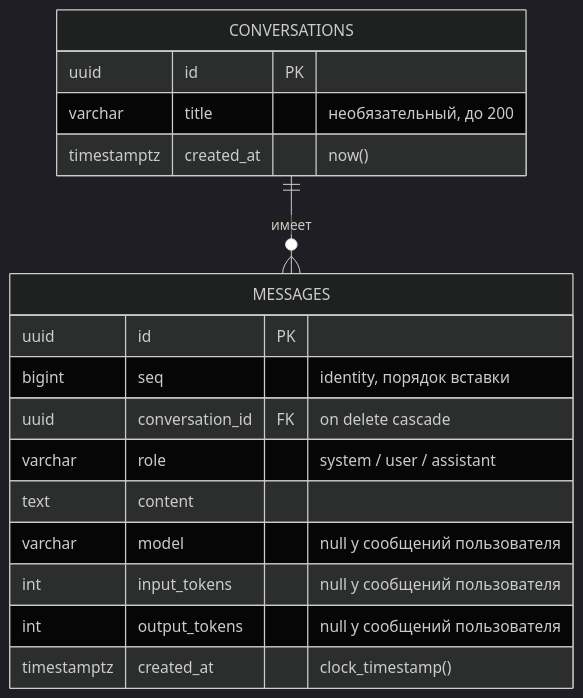
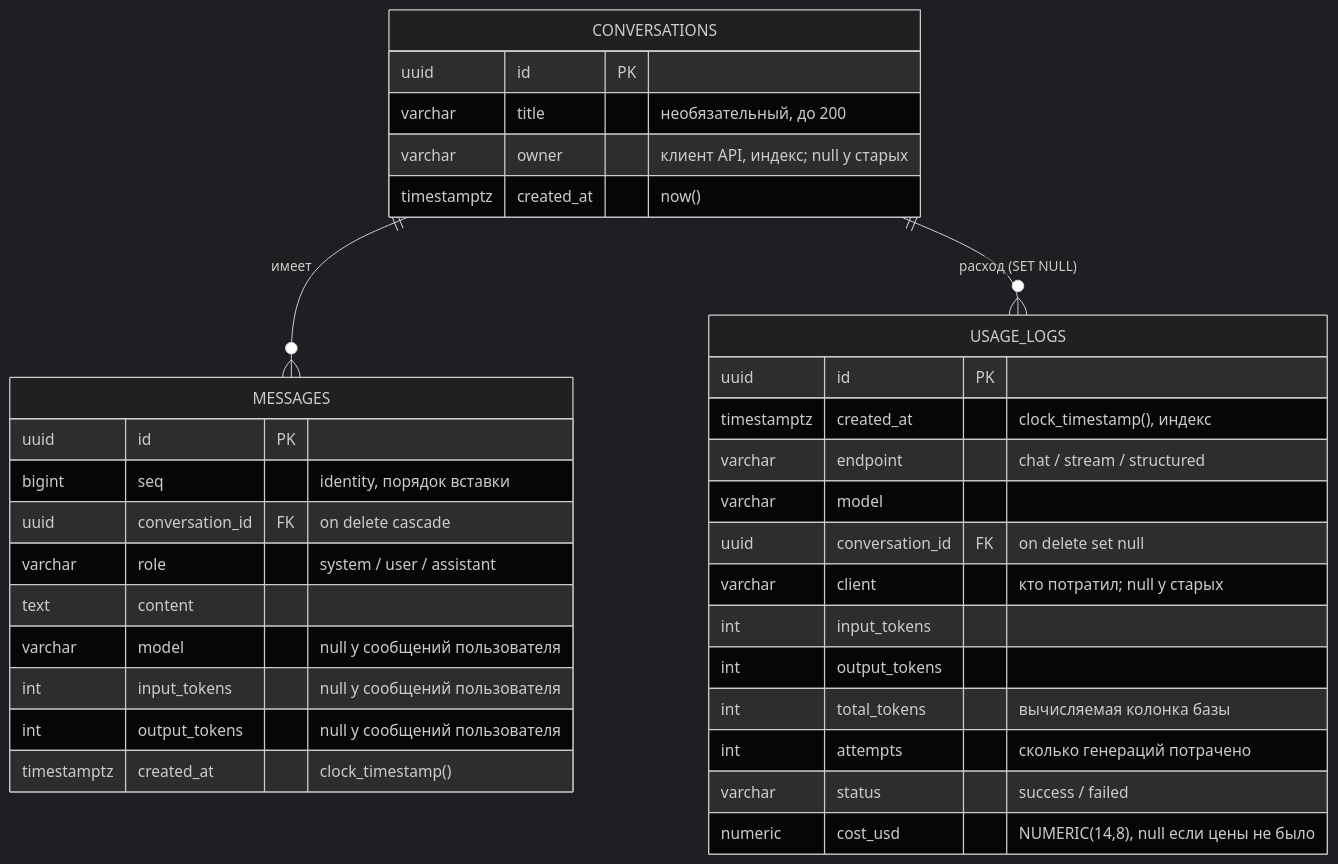
The first of 2 diagrams in docs/database.md (DelixeamI/llm-chat-api), drawn with Mermaid (dark theme) before and after one commit. The commit also changed other lines of this file and 14 other files, not shown here.

````diff
--- a/docs/database.md
+++ b/docs/database.md
@@ -8,20 +8,36 @@
 ```mermaid
 erDiagram
     CONVERSATIONS ||--o{ MESSAGES : "имеет"
+    CONVERSATIONS ||--o{ USAGE_LOGS : "расход (SET NULL)"
     CONVERSATIONS {
         uuid id PK
         varchar title "необязательный, до 200"
+        varchar owner "клиент API, индекс; null у старых"
         timestamptz created_at "now()"
     }
     MESSAGES {
         uuid id PK
         bigint seq "identity, порядок вставки"
         uuid conversation_id FK "on delete cascade"
         varchar role "system / user / assistant"
         text content
         varchar model "null у сообщений пользователя"
         int input_tokens "null у сообщений пользователя"
         int output_tokens "null у сообщений пользователя"
         timestamptz created_at "clock_timestamp()"
     }
+    USAGE_LOGS {
+        uuid id PK
+        timestamptz created_at "clock_timestamp(), индекс"
+        varchar endpoint "chat / stream / structured"
+        varchar model
+        uuid conversation_id FK "on delete set null"
+        varchar client "кто потратил; null у старых"
+        int input_tokens
+        int output_tokens
+        int total_tokens "вычисляемая колонка базы"
+        int attempts "сколько генераций потрачено"
+        varchar status "success / failed"
+        numeric cost_usd "NUMERIC(14,8), null если цены не было"
+    }
 ```
````
